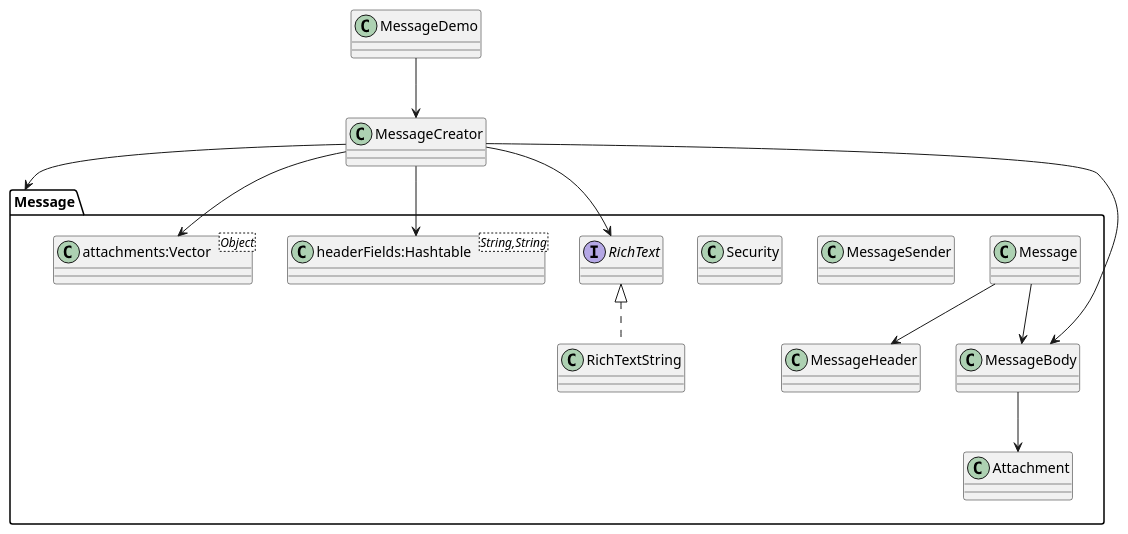
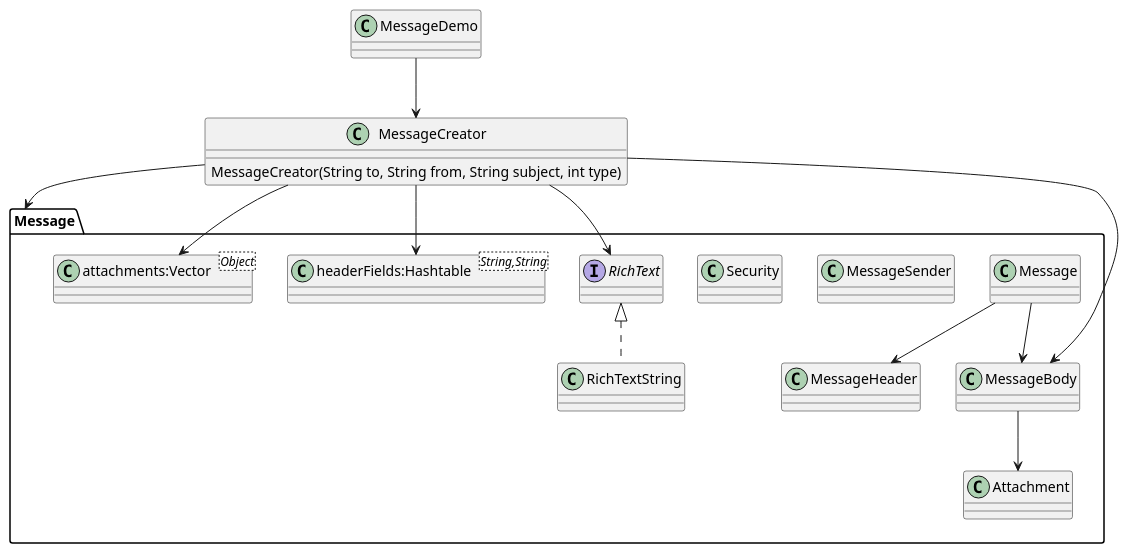
One commit to yvanross/LOG121-GOF-exemples changed the diagram in src/main/java/Facade/Message/README.md. Above: the diagram before and after it, drawn with PlantUML. The commit also changed 15 other files, not shown here.

````diff
--- a/src/main/java/Facade/Message/README.md
+++ b/src/main/java/Facade/Message/README.md
@@ -3,32 +3,34 @@
 ```plantuml
 @startuml
 skinparam style strict7
 package Message {
 class Attachment 
 class Message 
 class MessageBody
 class MessageHeader
 class MessageSender 
 class Security
 interface RichText
 class RichTextString implements RichText 
 
 class "headerFields:Hashtable<String,String>" AS headerFields
 class "attachments:Vector<Object>" as attachments
 
 Message --> MessageHeader
 Message --> MessageBody
 MessageBody --> Attachment
 }
 
-class MessageCreator
+class MessageCreator {
+  MessageCreator(String to, String from, String subject, int type)
+}
 MessageCreator --> RichText
 MessageCreator --> attachments
 MessageCreator -down-> MessageBody
 MessageCreator --> Message
 MessageCreator --> headerFields
 
 MessageDemo --> MessageCreator
 
 @enduml
 ```
````
